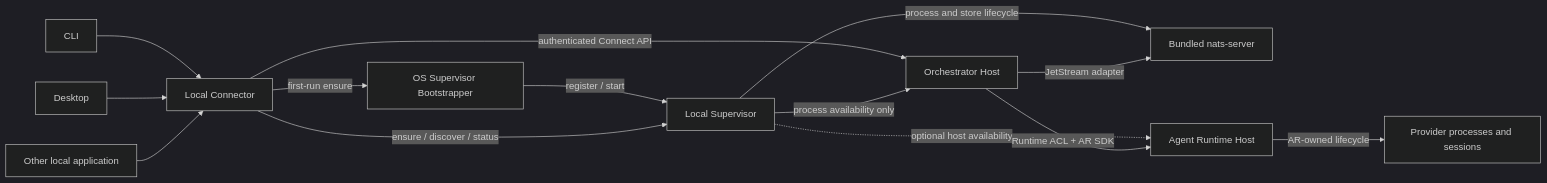
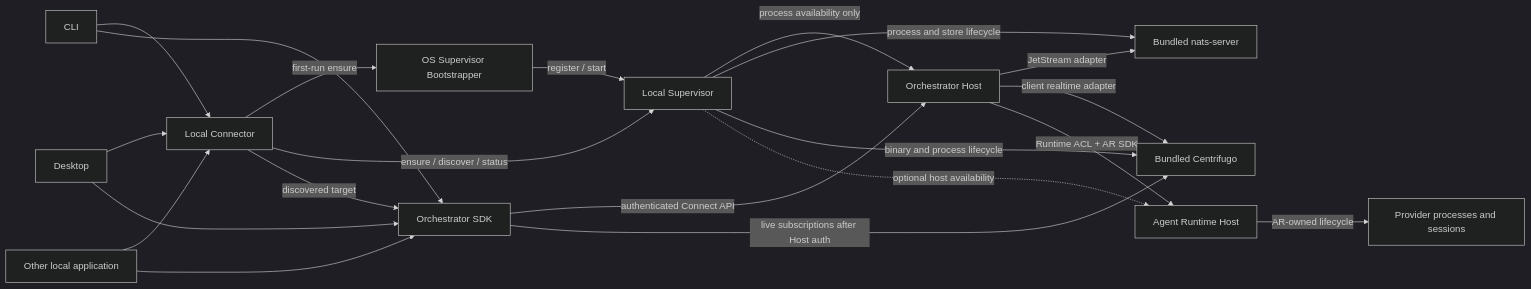
One commit to agent-teams-ai/agent-teams-orchestrator changed the diagram in docs/architecture/local-host-lifecycle.md. Above: the diagram before and after it, drawn with Mermaid (dark theme). The commit also changed other lines of this file and 13 other files, not shown here.

Commit message:
docs(realtime): adopt Centrifugo client edge

````diff
--- a/docs/architecture/local-host-lifecycle.md
+++ b/docs/architecture/local-host-lifecycle.md
@@ -30,24 +31,32 @@
 ```mermaid
 flowchart LR
     CLI["CLI"]
     Desktop["Desktop"]
     Other["Other local application"]
     Bootstrapper["OS Supervisor Bootstrapper"]
+    SDK["Orchestrator SDK"]
 
     CLI --> Connector["Local Connector"]
     Desktop --> Connector
     Other --> Connector
+    CLI --> SDK
+    Desktop --> SDK
+    Other --> SDK
 
     Connector -->|"first-run ensure"| Bootstrapper
     Bootstrapper -->|"register / start"| Supervisor["Local Supervisor"]
     Connector -->|"ensure / discover / status"| Supervisor["Local Supervisor"]
-    Connector -->|"authenticated Connect API"| Host["Orchestrator Host"]
+    Connector -->|"discovered target"| SDK
+    SDK -->|"authenticated Connect API"| Host["Orchestrator Host"]
 
     Supervisor -->|"process availability only"| Host
     Supervisor -->|"process and store lifecycle"| NATS["Bundled nats-server"]
+    Supervisor -->|"binary and process lifecycle"| Realtime["Bundled Centrifugo"]
     Supervisor -. "optional host availability" .-> ARHost["Agent Runtime Host"]
 
     Host -->|"JetStream adapter"| NATS
+    Host -->|"client realtime adapter"| Realtime
+    SDK -->|"live subscriptions after Host auth"| Realtime
     Host -->|"Runtime ACL + AR SDK"| ARHost
     ARHost -->|"AR-owned lifecycle"| Providers["Provider processes and sessions"]
 ```
````
